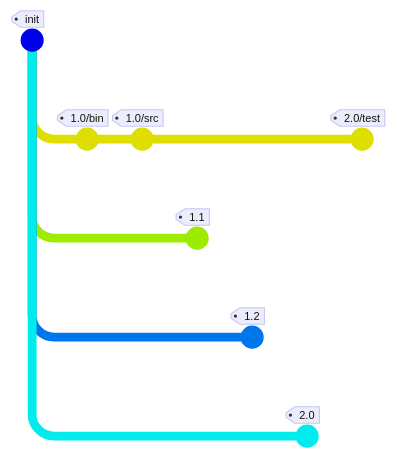
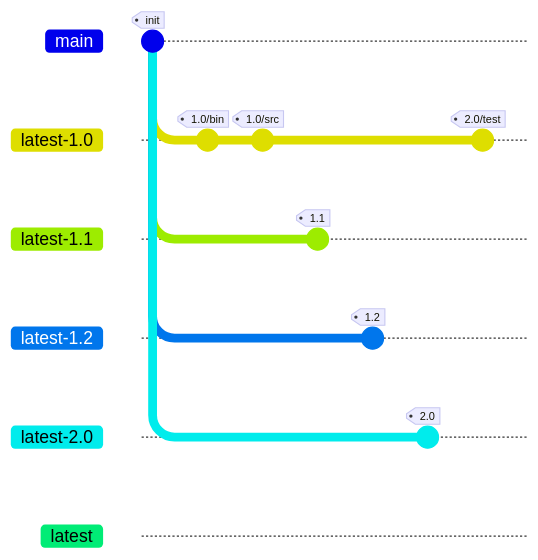
Before and after one commit to Praqma/git-artifact: the first of 2 diagrams in README.md, drawn with Mermaid. The commit also changed other lines of this file, not shown here.

Commit message:
gh-4 : convert ascii drawning to mermaid - both graph and gitgraph - fix

````diff
--- a/README.md
+++ b/README.md
@@ -37,21 +37,21 @@
 ``` mermaid
-%%{init: { 'gitGraph': {'showCommitLabel': false, 'showBranches': false}} }%%
+%%{init: { 'gitGraph': {'showCommitLabel': false, 'showBranches': true}} }%%
 gitGraph
    commit id: "init" tag: "init"
    branch latest-1.0
    branch latest-1.1
    branch latest-1.2
    branch latest-2.0
    branch latest
    checkout latest-1.0
    commit id: "1.0/bin" tag: "1.0/bin"
    commit id: "1.0/src" tag: "1.0/src"
    checkout latest-1.1
    commit id: "1.1/bin" tag: "1.1"
    checkout latest-1.2
    commit id: "1.2/bin" tag: "1.2"
    checkout latest-2.0
    commit id: "2.0/bin" tag: "2.0"
    checkout latest-1.0
    commit id: "2.0/test" tag: "2.0/test"
 ``` 
````
